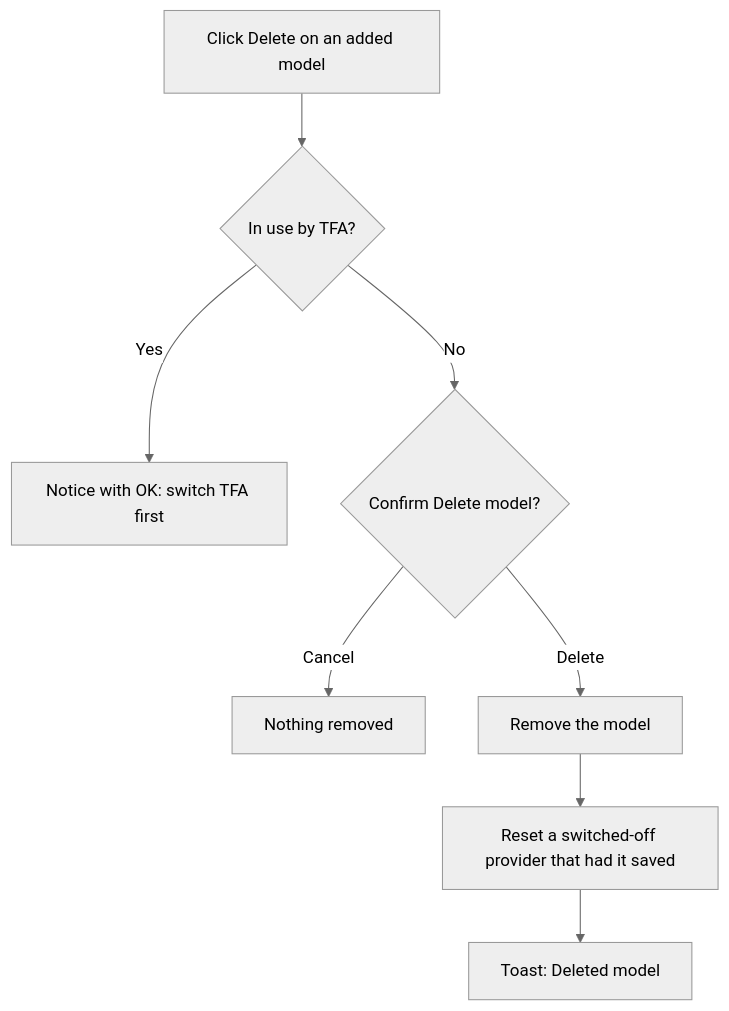
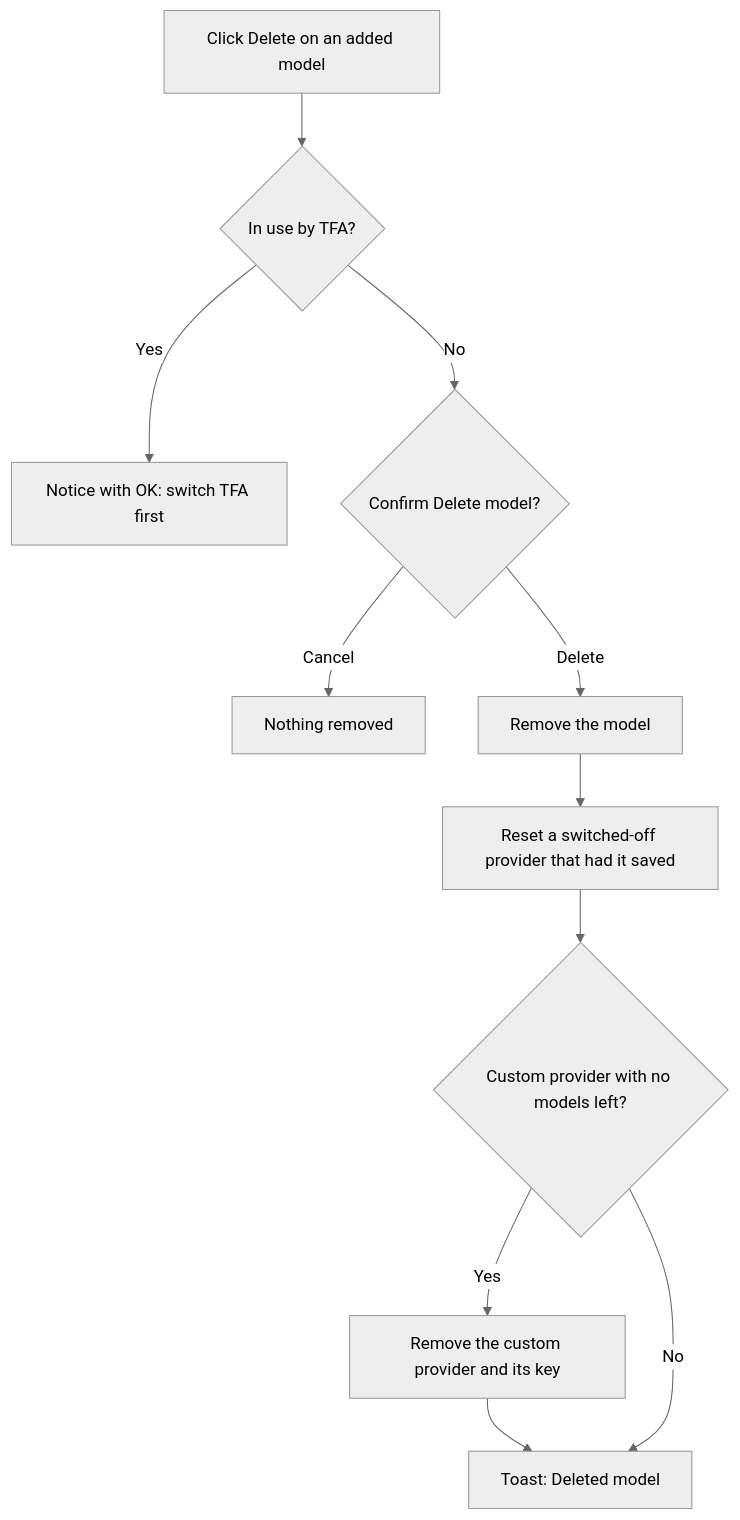
Before and after one commit to jojogeorge3344/TaskFlow-Project: the fourth of 7 diagrams in TF - Documents/TF - FRD/06-Settings/06.3-TFA-Settings/FRD-TFA-Settings.md, drawn with Mermaid (neutral theme). The commit also changed other lines of this file and 8 other files, not shown here.

````diff
--- a/TF - Documents/TF - FRD/06-Settings/06.3-TFA-Settings/FRD-TFA-Settings.md
+++ b/TF - Documents/TF - FRD/06-Settings/06.3-TFA-Settings/FRD-TFA-Settings.md
@@ -328,10 +365,12 @@
 ```mermaid
 flowchart TD
   A["Click Delete on an added model"] --> B{"In use by TFA?"}
   B -- Yes --> C["Notice with OK: switch TFA first"]
   B -- No --> D{"Confirm Delete model?"}
   D -- Cancel --> E["Nothing removed"]
   D -- Delete --> F["Remove the model"]
   F --> G["Reset a switched-off provider that had it saved"]
-  G --> H["Toast: Deleted model"]
+  G --> J{"Custom provider with no models left?"}
+  J -- Yes --> K["Remove the custom provider and its key"] --> H
+  J -- No --> H["Toast: Deleted model"]
 ```
````
